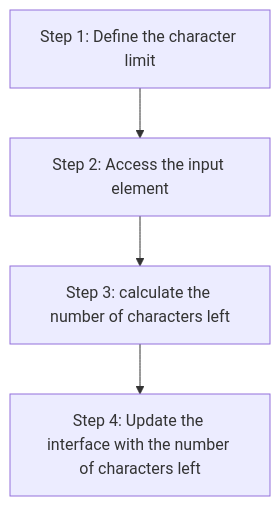
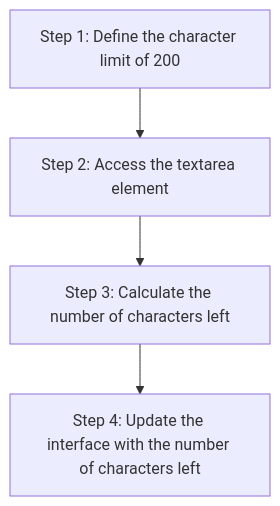
The diagram in content/js2/blocks/plan/index.md (CodeYourFuture/curriculum), drawn with Mermaid before and after one commit. The commit also changed other lines of this file, not shown here.

Commit message:
update strategy block

````diff
--- a/content/js2/blocks/plan/index.md
+++ b/content/js2/blocks/plan/index.md
@@ -13,4 +13,4 @@
 ```mermaid
 flowchart TD
-A[Step 1: Define the character limit] --> B[Step 2: Access the input element] --> C[Step 3: calculate the number of characters left] --> D[Step 4: Update the interface with the number of characters left]
+A[Step 1: Define the character limit of 200] --> B[Step 2: Access the textarea element] --> C[Step 3: Calculate the number of characters left] --> D[Step 4: Update the interface with the number of characters left]
 ```
````
